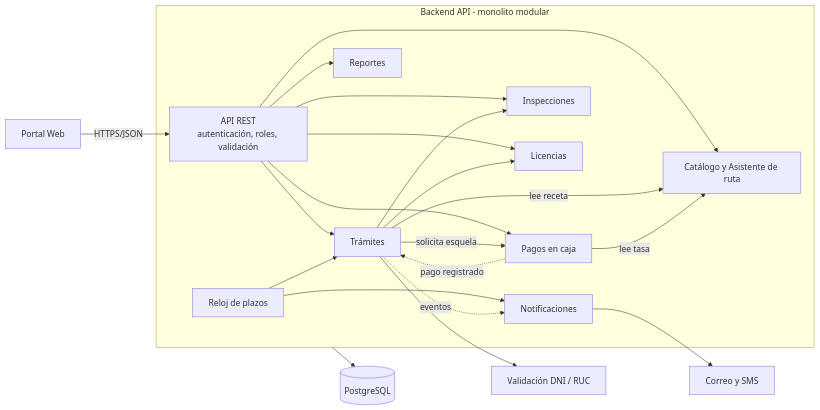
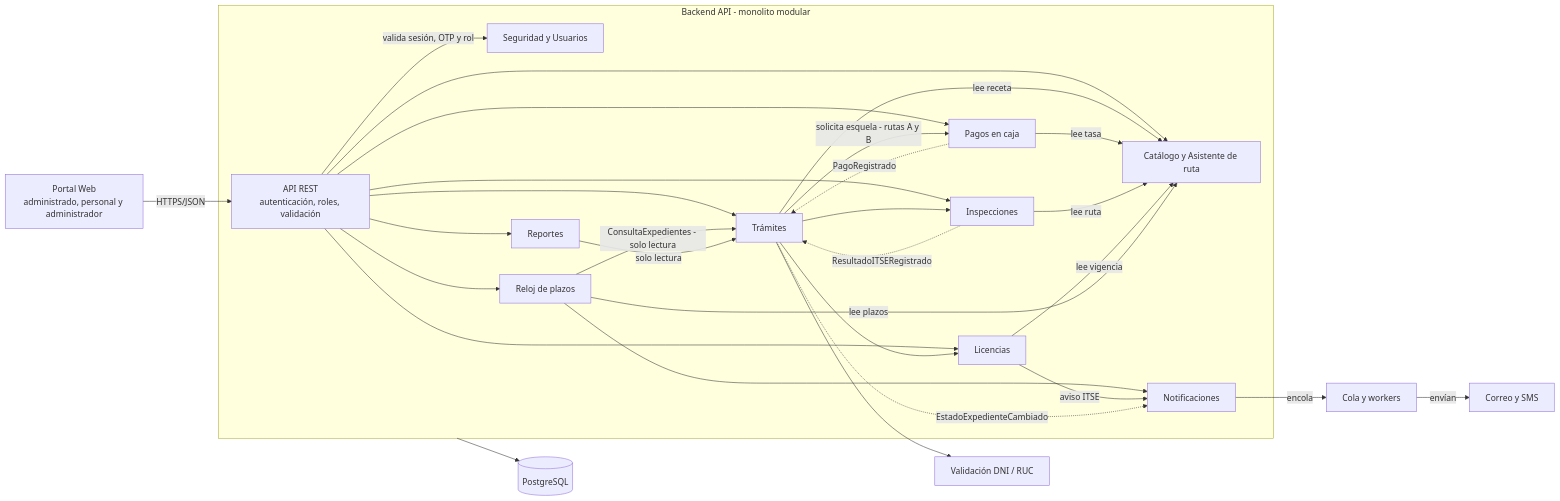
One commit to yeymyloson18/Licencias-Huanta-arquitSoft-JEIMY changed the diagram in docs/04-modelo-c4/Nivel3-Diagrama-de-Componentes.md. Above: the diagram before and after it, drawn with Mermaid. The commit also changed other lines of this file, not shown here.

Commit message:
docs: agregar Seguridad y lectura de expedientes al nivel 3 de C4

````diff
--- a/docs/04-modelo-c4/Nivel3-Diagrama-de-Componentes.md
+++ b/docs/04-modelo-c4/Nivel3-Diagrama-de-Componentes.md
@@ -12,29 +12,37 @@
 ```mermaid
 flowchart LR
-    Front["Portal Web"] -->|"HTTPS/JSON"| Rest["API REST<br/>autenticación, roles, validación"]
+    Front["Portal Web<br/>administrado, personal y administrador"] -->|"HTTPS/JSON"| Rest["API REST<br/>autenticación, roles, validación"]
 
     subgraph API["Backend API - monolito modular"]
+        Rest -->|"valida sesión, OTP y rol"| Seg["Seguridad y Usuarios"]
         Rest --> Cat["Catálogo y Asistente de ruta"]
         Rest --> Tra["Trámites"]
         Rest --> Pag["Pagos en caja"]
         Rest --> Ins["Inspecciones"]
         Rest --> Lic["Licencias"]
         Rest --> Rep["Reportes"]
-        Pla["Reloj de plazos"]
+        Rest --> Pla["Reloj de plazos"]
         Not["Notificaciones"]
 
         Tra -->|"lee receta"| Cat
         Pag -->|"lee tasa"| Cat
-        Tra -->|"solicita esquela"| Pag
-        Pag -.->|"pago registrado"| Tra
+        Ins -->|"lee ruta"| Cat
+        Lic -->|"lee vigencia"| Cat
+        Pla -->|"lee plazos"| Cat
+        Tra -->|"solicita esquela - rutas A y B"| Pag
+        Pag -.->|"PagoRegistrado"| Tra
         Tra --> Ins
+        Ins -.->|"ResultadoITSERegistrado"| Tra
         Tra --> Lic
-        Pla --> Tra
+        Pla -->|"ConsultaExpedientes - solo lectura"| Tra
+        Rep -->|"solo lectura"| Tra
         Pla --> Not
-        Tra -.->|"eventos"| Not
+        Lic -->|"aviso ITSE"| Not
+        Tra -.->|"EstadoExpedienteCambiado"| Not
     end
 
     Tra --> Ident["Validación DNI / RUC"]
-    Not --> Msg["Correo y SMS"]
+    Not -->|"encola"| Cola["Cola y workers"]
+    Cola -->|"envían"| Msg["Correo y SMS"]
     API --> BD[("PostgreSQL")]
 ```
````
